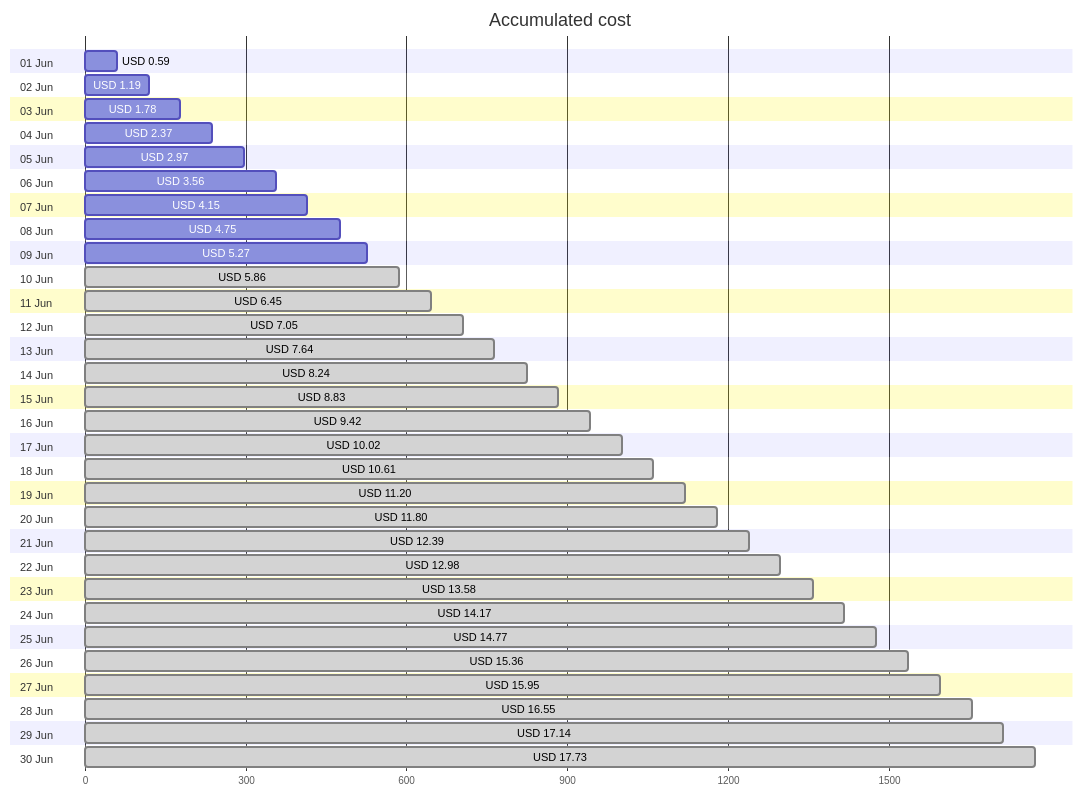
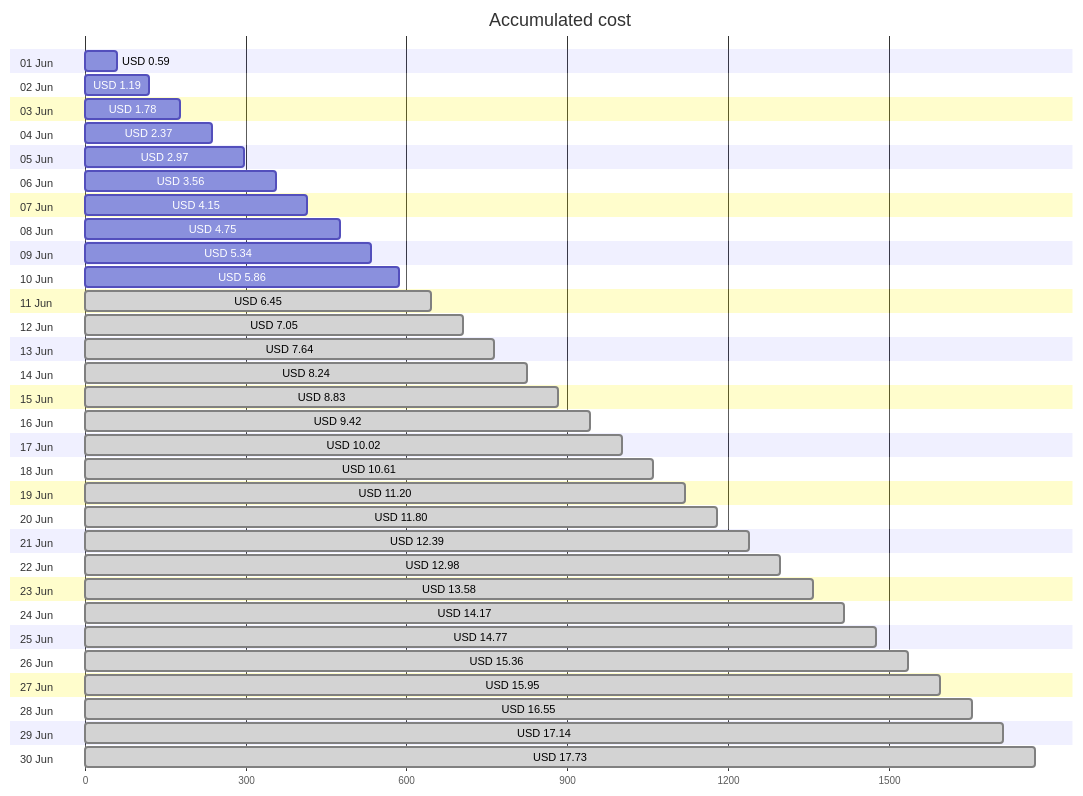
One commit to jpfulton/azure-personal-reports changed the first of 4 diagrams in cost-reports/personal-site/README.md. Above: the diagram before and after it, drawn with Mermaid. The commit also changed other lines of this file and 6 other files, not shown here.

````diff
--- a/cost-reports/personal-site/README.md
+++ b/cost-reports/personal-site/README.md
@@ -20,66 +20,66 @@
 ```mermaid
 gantt
    title Accumulated cost
    dateFormat  X
    axisFormat %s
    section 01 Jun
    USD 0.59 :0, 59
    section 02 Jun
    USD 1.19 :0, 119
    section 03 Jun
    USD 1.78 :0, 178
    section 04 Jun
    USD 2.37 :0, 237
    section 05 Jun
    USD 2.97 :0, 297
    section 06 Jun
    USD 3.56 :0, 356
    section 07 Jun
    USD 4.15 :0, 415
    section 08 Jun
    USD 4.75 :0, 475
    section 09 Jun
-   USD 5.27 :0, 527
+   USD 5.34 :0, 534
    section 10 Jun
-   USD 5.86 : done, 0, 586
+   USD 5.86 :0, 586
    section 11 Jun
    USD 6.45 : done, 0, 645
    section 12 Jun
    USD 7.05 : done, 0, 705
    section 13 Jun
    USD 7.64 : done, 0, 764
    section 14 Jun
    USD 8.24 : done, 0, 824
    section 15 Jun
    USD 8.83 : done, 0, 883
    section 16 Jun
    USD 9.42 : done, 0, 942
    section 17 Jun
    USD 10.02 : done, 0, 1002
    section 18 Jun
    USD 10.61 : done, 0, 1061
    section 19 Jun
    USD 11.20 : done, 0, 1120
    section 20 Jun
    USD 11.80 : done, 0, 1180
    section 21 Jun
    USD 12.39 : done, 0, 1239
    section 22 Jun
    USD 12.98 : done, 0, 1298
    section 23 Jun
    USD 13.58 : done, 0, 1358
    section 24 Jun
    USD 14.17 : done, 0, 1417
    section 25 Jun
    USD 14.77 : done, 0, 1477
    section 26 Jun
    USD 15.36 : done, 0, 1536
    section 27 Jun
    USD 15.95 : done, 0, 1595
    section 28 Jun
    USD 16.55 : done, 0, 1655
    section 29 Jun
    USD 17.14 : done, 0, 1714
    section 30 Jun
    USD 17.73 : done, 0, 1773
 ```
````
